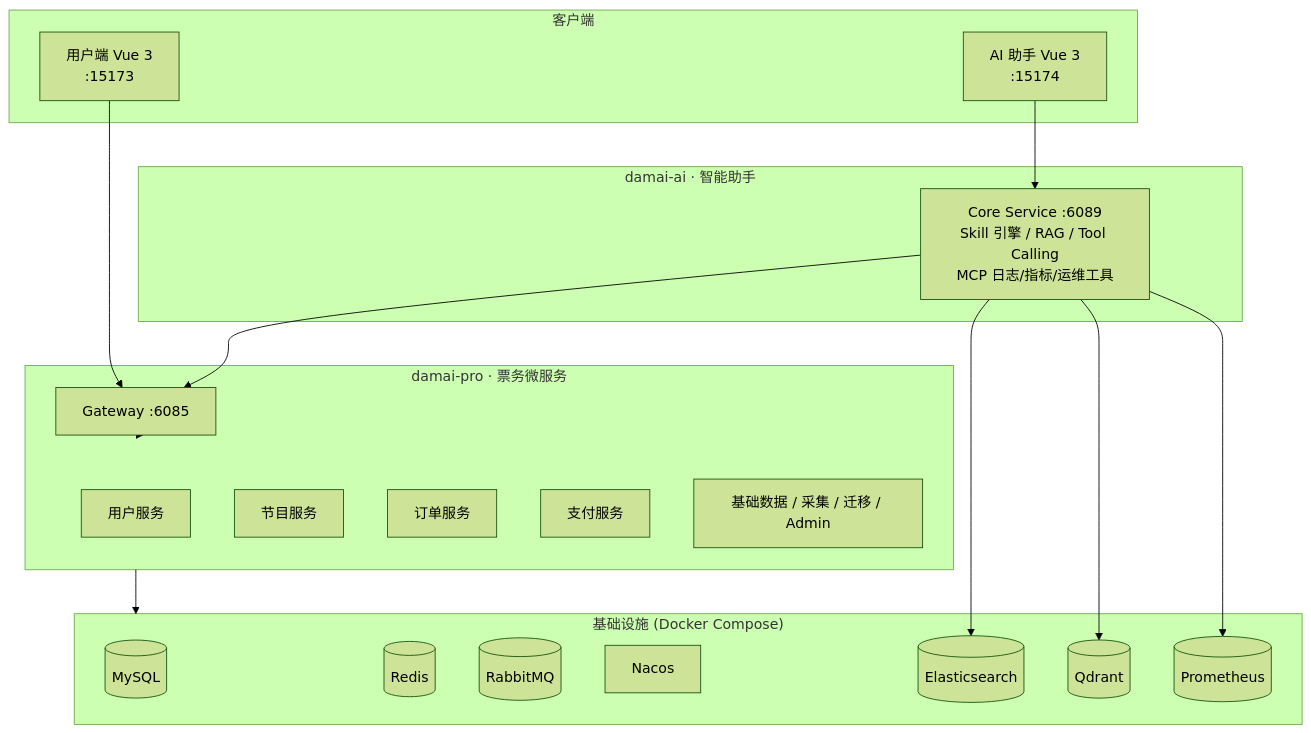
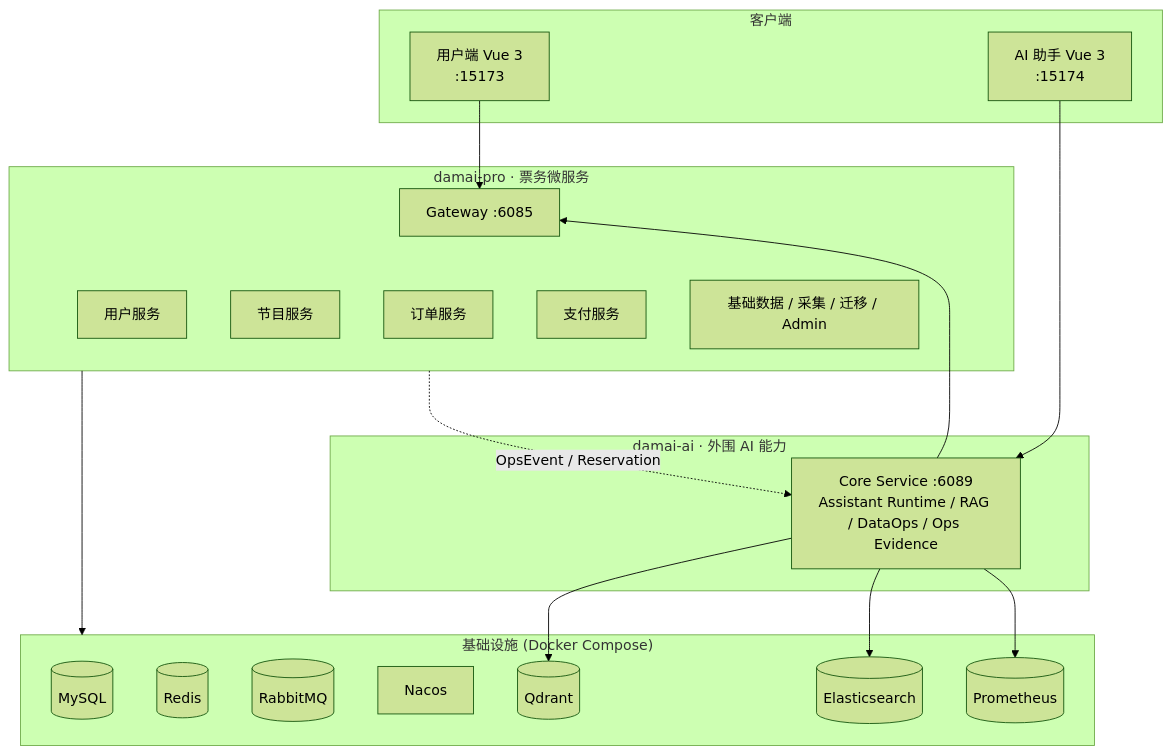
Before and after one commit to LittleSongxx/damai: the diagram in README.md, drawn with Mermaid (forest theme). The commit also changed other lines of this file and 227 other files, not shown here.

````diff
--- a/README.md
+++ b/README.md
@@ -11,39 +11,40 @@
 ```mermaid
 graph TB
     subgraph Clients["客户端"]
         ProVue[用户端 Vue 3<br/>:15173]
         AIVue[AI 助手 Vue 3<br/>:15174]
     end
 
-    subgraph AI["damai-ai · 智能助手"]
-        AICore[Core Service :6089<br/>Skill 引擎 / RAG / Tool Calling<br/>MCP 日志/指标/运维工具]
+    subgraph AI["damai-ai · 外围 AI 能力"]
+        AICore[Core Service :6089<br/>Assistant Runtime / RAG / DataOps / Ops Evidence]
     end
 
     subgraph Pro["damai-pro · 票务微服务"]
         Gateway[Gateway :6085]
         UserSvc[用户服务]
         ProgramSvc[节目服务]
         OrderSvc[订单服务]
         PaySvc[支付服务]
         Others[基础数据 / 采集 / 迁移 / Admin]
     end
 
     subgraph Infra["基础设施 (Docker Compose)"]
         MySQL[(MySQL)]
         Redis[(Redis)]
         RabbitMQ[(RabbitMQ)]
         Nacos[Nacos]
         ES[(Elasticsearch)]
         Qdrant[(Qdrant)]
         Prometheus[(Prometheus)]
     end
 
     ProVue --> Gateway
     AIVue --> AICore
     AICore --> Gateway
     Gateway --> Pro
     Pro --> Infra
     AICore --> Qdrant
     AICore --> ES
     AICore --> Prometheus
+    Pro -.OpsEvent / Reservation.-> AICore
 ```
````
